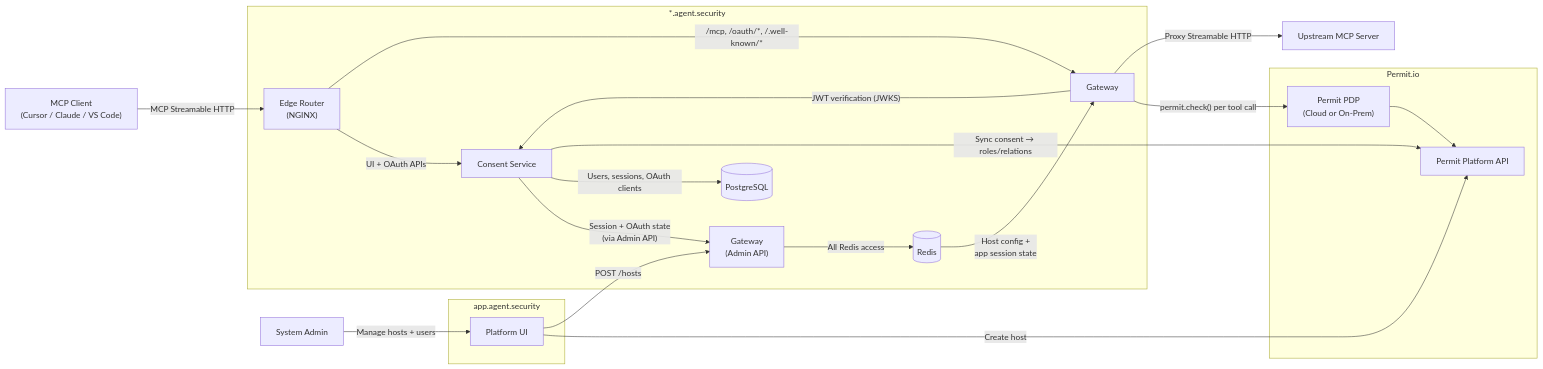
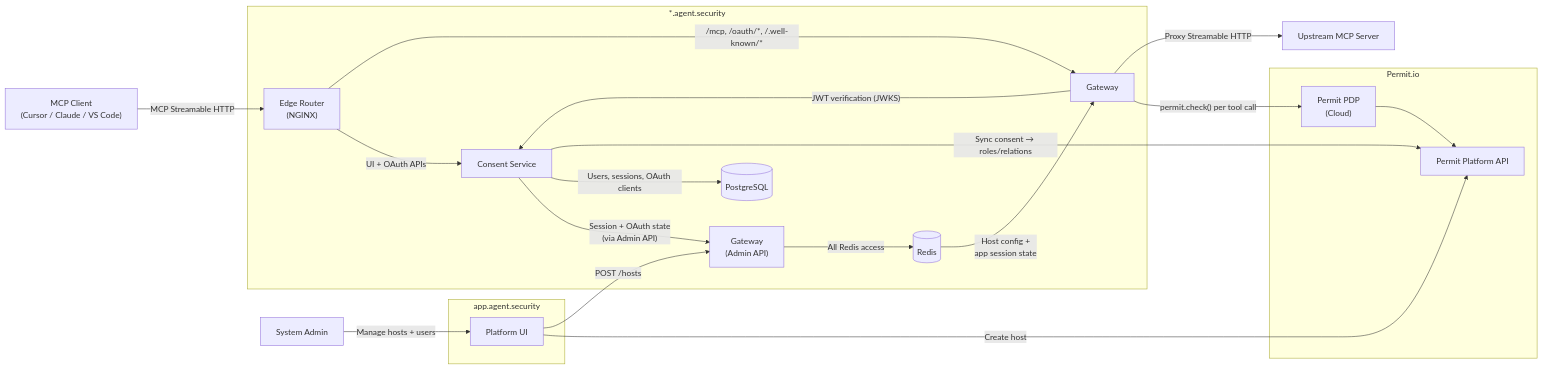
The first of 7 diagrams in docs/ai-security/mcp-permissions/architecture.mdx (permitio/docs), drawn with Mermaid before and after one commit. The commit also changed other lines of this file and 1 other file, not shown here.

Commit message:
remove advanced-features.mdx and on-prem references from architecture
- Delete orphaned advanced-features.mdx (not in sidebar, not linked)
- Change "Cloud or On-Prem" to "Cloud" in architecture diagram
- Change "on-prem AI" to "co-located AI" in integration patterns table

````diff
--- a/docs/ai-security/mcp-permissions/architecture.mdx
+++ b/docs/ai-security/mcp-permissions/architecture.mdx
@@ -23,45 +23,45 @@
 ```mermaid
 flowchart LR
   Client["MCP Client<br/>(Cursor / Claude / VS Code)"]
   Admin["System Admin"]
 
   subgraph Tenant["*.agent.security"]
     Edge["Edge Router<br/>(NGINX)"]
     GW["Gateway"]
     GWAdmin["Gateway<br/>(Admin API)"]
     CS["Consent Service"]
     PG[(PostgreSQL)]
     REDIS[(Redis)]
   end
 
   subgraph Permit["Permit.io"]
-    PermitPDP["Permit PDP<br/>(Cloud or On-Prem)"]
+    PermitPDP["Permit PDP<br/>(Cloud)"]
     PermitAPI["Permit Platform API"]
     PermitPDP --> PermitAPI
   end
 
   subgraph Platform["app.agent.security"]
     PlatformUI["Platform UI"]
   end
 
   Admin -->|"Manage hosts + users"| PlatformUI
   PlatformUI -->|"Create host"| PermitAPI
   PlatformUI -->|"POST /hosts"| GWAdmin
 
   Client -- "MCP Streamable HTTP" --> Edge
   Edge -- "UI + OAuth APIs" --> CS
   Edge -- "/mcp, /oauth/*, /.well-known/*" --> GW
 
   GWAdmin -->|"All Redis access"| REDIS
   CS -->|"Session + OAuth state<br/>(via Admin API)"| GWAdmin
   REDIS -->|"Host config +<br/>app session state"| GW
 
   CS -- "Users, sessions, OAuth clients" --> PG
   GW -- "JWT verification (JWKS)" --> CS
   GW -- "permit.check() per tool call" --> PermitPDP
   CS -->|"Sync consent → roles/relations"| PermitAPI
 
   GW -- "Proxy Streamable HTTP" --> Upstream
 
   Upstream["Upstream MCP Server"]
 ```
````
